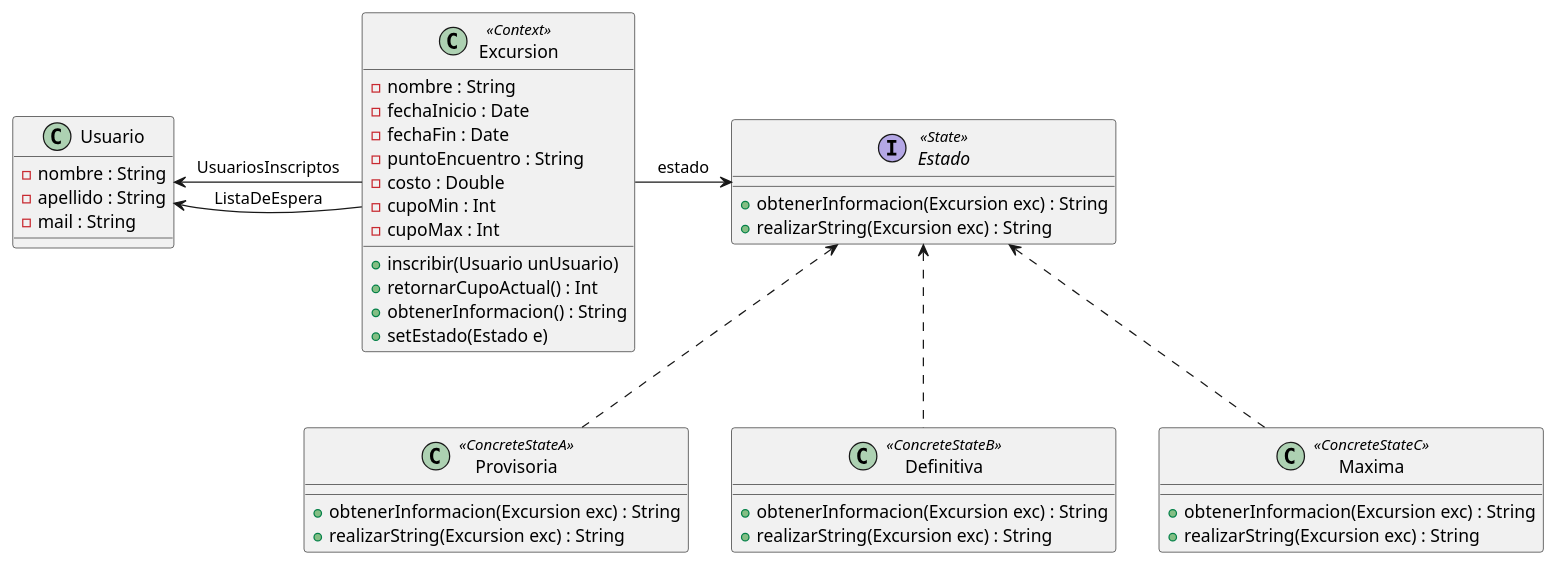
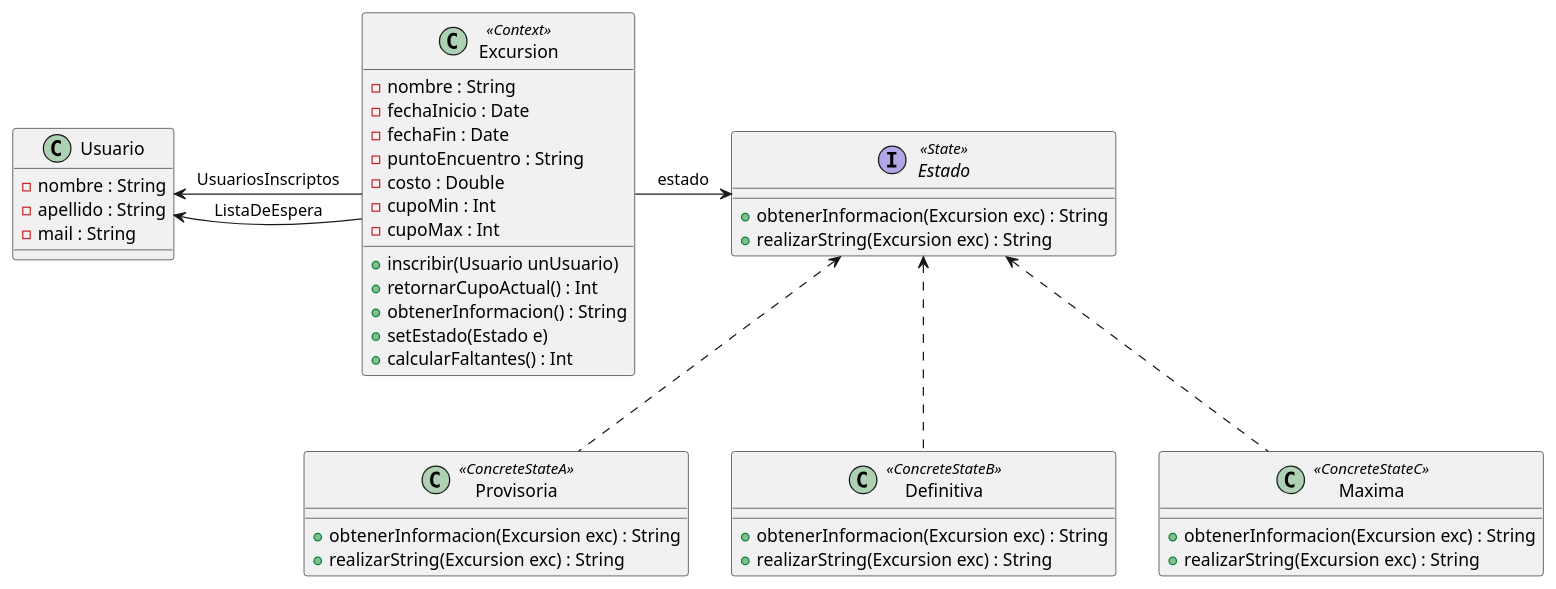
The diagram in Objetos 2/UMLs/Ejercicio6Patrones.puml (BautistaMarquez/Tercero-PrimerCuatrimestre), drawn with PlantUML before and after one commit. The commit also changed 4 other files, not shown here.

```diff
--- a/Objetos 2/UMLs/Ejercicio6Patrones.puml
+++ b/Objetos 2/UMLs/Ejercicio6Patrones.puml
@@ -1,51 +1,53 @@
 @startuml Ejercicio6
 
 Usuario <- Excursion : UsuariosInscriptos 
 Usuario <- Excursion : ListaDeEspera
 Excursion -> Estado : estado
 Estado <.. Provisoria
 Estado <.. Definitiva
 Estado <.. Maxima
 
+'En este caso tambien esta bien lo del tema de que si una funcionalidad esta relacionada al estado, la tiene que realizar el estado. La clase concreta diria que siempre tiene que tener un metodo que solamente sea return LoQueHaceLaStrategy/State aunque la clase concreta tenga la informacion/variables/datos para realizar las acciones por si solas tendria que usar varias condiciones lo cual sabemos es un mal olor y tambien tendria que ser un indicio de que esta mal. Es normal que pase que algun metodo no retorne nada, en este caso la ayudante me dijo que la clases hijas hagan override al metodo, entiendo es preferible ahorrar un poco de codigo. Total el override no esta mal.'
 class Excursion <<Context>> {
     -nombre : String
     -fechaInicio : Date 
     -fechaFin : Date 
     -puntoEncuentro : String 
     -costo : Double 
     -cupoMin : Int 
     -cupoMax : Int 
     +inscribir(Usuario unUsuario)
     +retornarCupoActual() : Int
     +obtenerInformacion() : String
     +setEstado(Estado e)
+    +calcularFaltantes() : Int
 }
 
 class Usuario {
     -nombre : String 
     -apellido : String 
     -mail : String 
 
 }
 
 interface Estado <<State>> {
     +obtenerInformacion(Excursion exc) : String
     +realizarString(Excursion exc) : String
 }
 
 class Provisoria <<ConcreteStateA>> {
     +obtenerInformacion(Excursion exc) : String
     +realizarString(Excursion exc) : String
 }
 
 class Definitiva <<ConcreteStateB>> {
     +obtenerInformacion(Excursion exc) : String
     +realizarString(Excursion exc) : String
 }
 
 class Maxima <<ConcreteStateC>> {
     +obtenerInformacion(Excursion exc) : String
     +realizarString(Excursion exc) : String
 }
 
 @enduml
```
